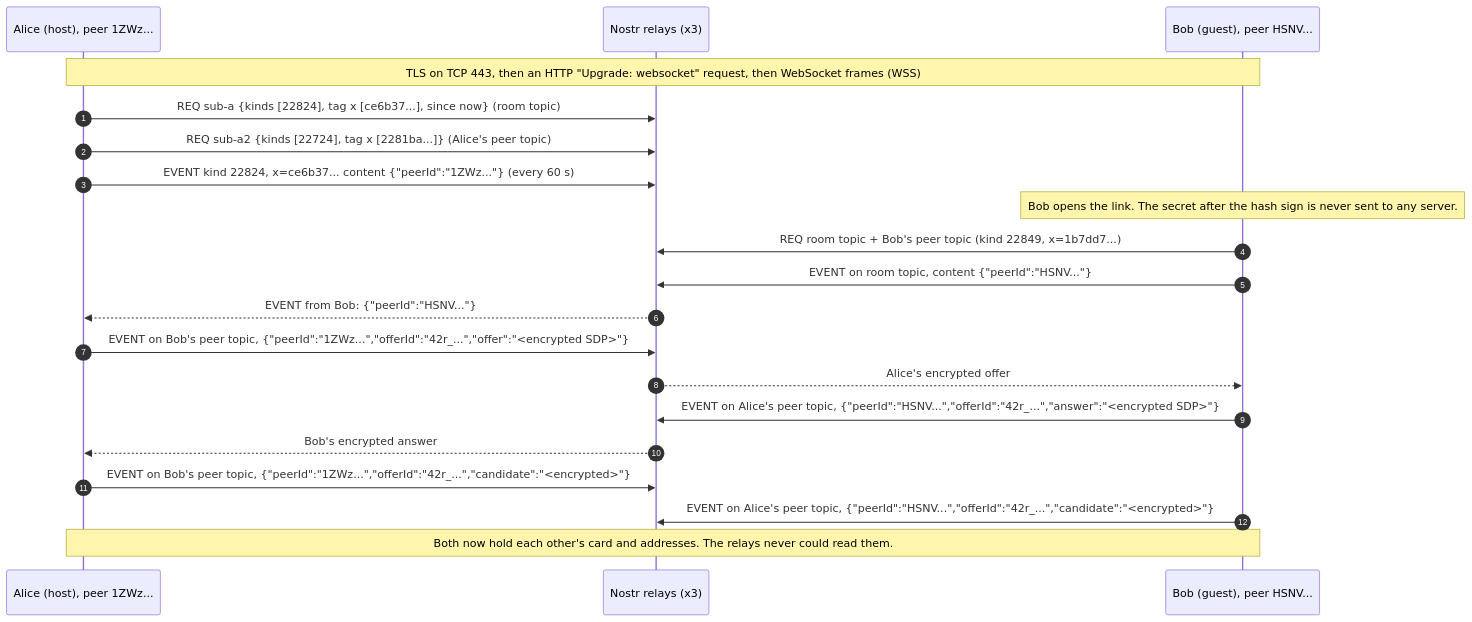
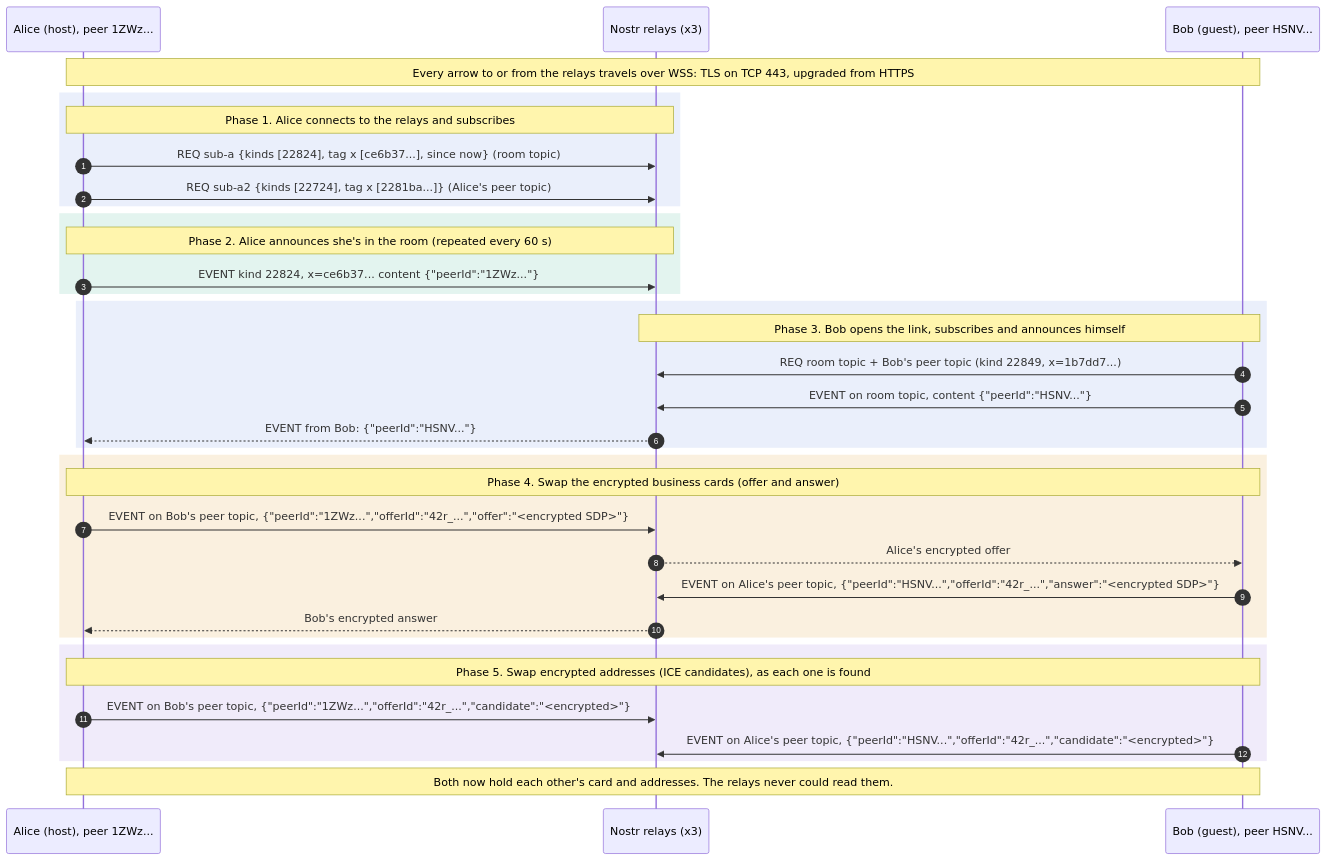
The second of 6 diagrams in docs/COMMUNICATION.md (common-sec/secure-share), drawn with Mermaid before and after one commit. The commit also changed other lines of this file, not shown here.

First line of the commit message:
Label every message group in the sequence diagrams and add legends

````diff
--- a/docs/COMMUNICATION.md
+++ b/docs/COMMUNICATION.md
@@ -156,23 +156,43 @@
 ```mermaid
 sequenceDiagram
     autonumber
     participant A as Alice (host), peer 1ZWz...
     participant R as Nostr relays (x3)
     participant B as Bob (guest), peer HSNV...
 
-    Note over A,B: TLS on TCP 443, then an HTTP "Upgrade: websocket" request, then WebSocket frames (WSS)
+    Note over A,B: Every arrow to or from the relays travels over WSS: TLS on TCP 443, upgraded from HTTPS
+
+    rect rgba(80, 120, 220, 0.12)
+    Note over A,R: Phase 1. Alice connects to the relays and subscribes
     A->>R: REQ sub-a {kinds [22824], tag x [ce6b37...], since now} (room topic)
     A->>R: REQ sub-a2 {kinds [22724], tag x [2281ba...]} (Alice's peer topic)
-    A->>R: EVENT kind 22824, x=ce6b37... content {"peerId":"1ZWz..."} (every 60 s)
-    Note over B: Bob opens the link. The secret after the hash sign is never sent to any server.
+    end
+
+    rect rgba(30, 160, 120, 0.12)
+    Note over A,R: Phase 2. Alice announces she's in the room (repeated every 60 s)
+    A->>R: EVENT kind 22824, x=ce6b37... content {"peerId":"1ZWz..."}
+    end
+
+    rect rgba(80, 120, 220, 0.12)
+    Note over R,B: Phase 3. Bob opens the link, subscribes and announces himself
     B->>R: REQ room topic + Bob's peer topic (kind 22849, x=1b7dd7...)
     B->>R: EVENT on room topic, content {"peerId":"HSNV..."}
     R-->>A: EVENT from Bob: {"peerId":"HSNV..."}
+    end
+
+    rect rgba(220, 150, 30, 0.14)
+    Note over A,B: Phase 4. Swap the encrypted business cards (offer and answer)
     A->>R: EVENT on Bob's peer topic, {"peerId":"1ZWz...","offerId":"42r_...","offer":"<encrypted SDP>"}
     R-->>B: Alice's encrypted offer
     B->>R: EVENT on Alice's peer topic, {"peerId":"HSNV...","offerId":"42r_...","answer":"<encrypted SDP>"}
     R-->>A: Bob's encrypted answer
+    end
+
+    rect rgba(130, 90, 210, 0.12)
+    Note over A,B: Phase 5. Swap encrypted addresses (ICE candidates), as each one is found
     A->>R: EVENT on Bob's peer topic, {"peerId":"1ZWz...","offerId":"42r_...","candidate":"<encrypted>"}
     B->>R: EVENT on Alice's peer topic, {"peerId":"HSNV...","offerId":"42r_...","candidate":"<encrypted>"}
+    end
+
     Note over A,B: Both now hold each other's card and addresses. The relays never could read them.
 ```
````
